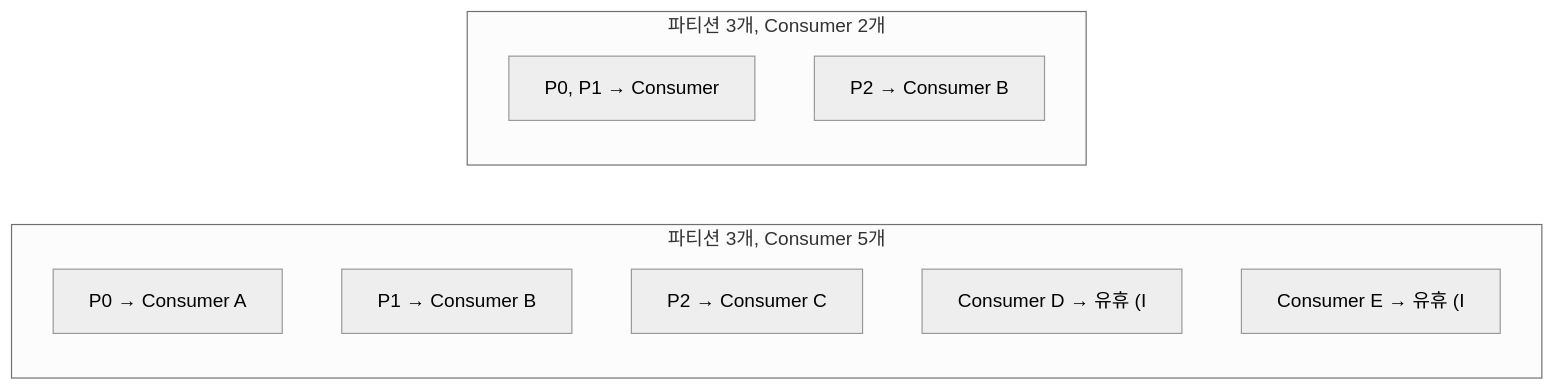
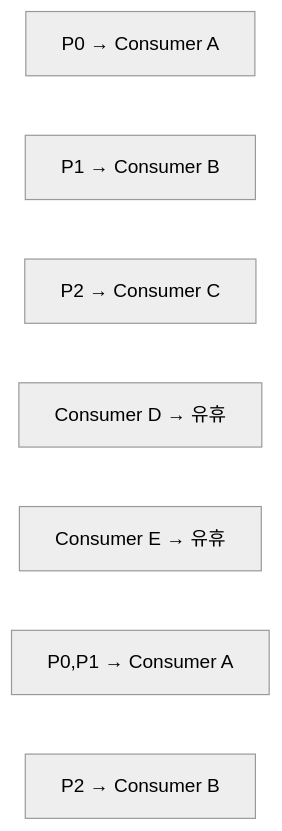
One commit to yjkim2015/yjkim2015.github.io changed the second of 7 diagrams in _posts/kafka/2026-05-01-kafka-consumer-deep.md. Above: the diagram before and after it, drawn with Mermaid (neutral theme). The commit also changed 155 other files, not shown here.

First line of the commit message:
Mermaid 전면 수정: subgraph 제거, participant/노드/줄수 축소 (342블록)

````diff
--- a/_posts/kafka/2026-05-01-kafka-consumer-deep.md
+++ b/_posts/kafka/2026-05-01-kafka-consumer-deep.md
@@ -45,14 +45,10 @@
 ```mermaid
 flowchart LR
-    subgraph "파티션 3개, Consumer 5개"
-        PA["P0 → Consumer A"]
-        PB["P1 → Consumer B"]
-        PC["P2 → Consumer C"]
-        PD["Consumer D → 유휴 (I"]
-        PE["Consumer E → 유휴 (I"]
-    end
-    subgraph "파티션 3개, Consumer 2개"
-        Q1["P0, P1 → Consumer"]
-        Q2["P2 → Consumer B"]
-    end
+    PA["P0 → Consumer A"]
+    PB["P1 → Consumer B"]
+    PC["P2 → Consumer C"]
+    PD["Consumer D → 유휴"]
+    PE["Consumer E → 유휴"]
+    Q1["P0,P1 → Consumer A"]
+    Q2["P2 → Consumer B"]
 ```
````
